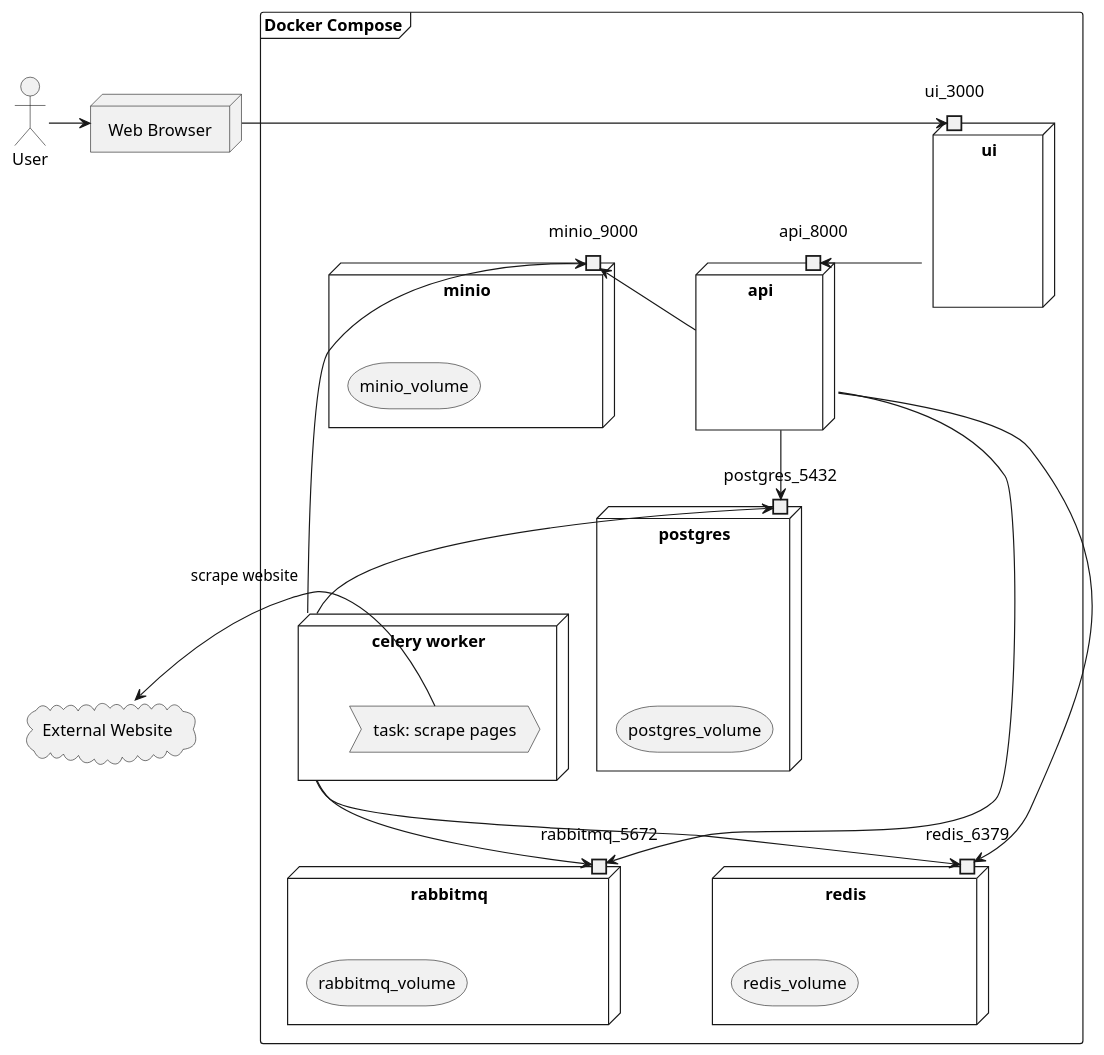
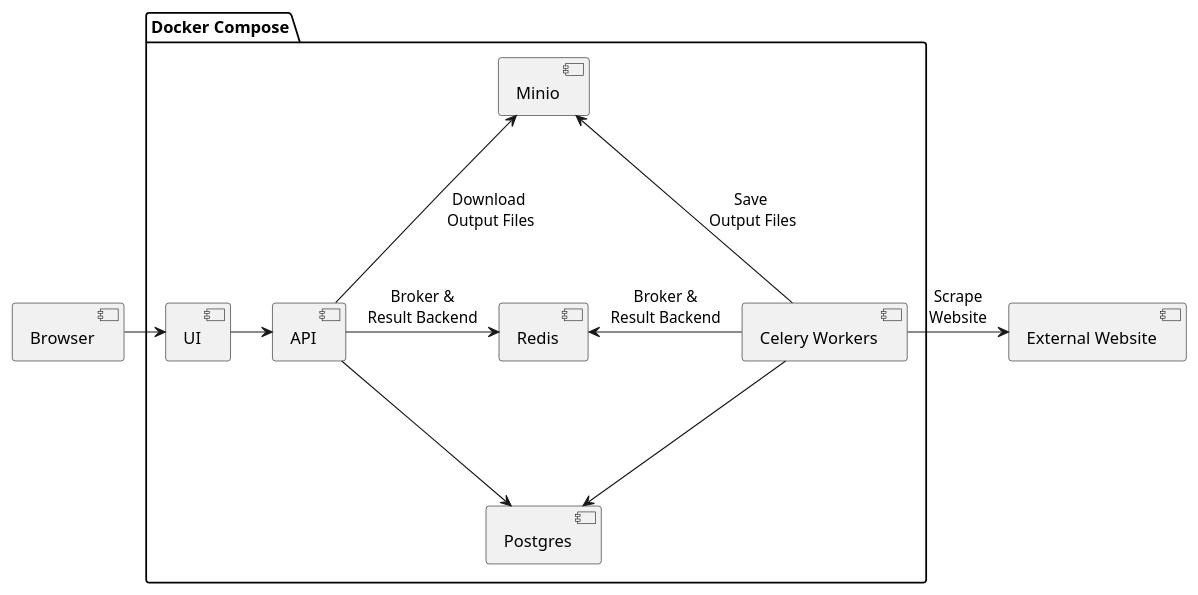
Before and after one commit to tejas0908/EasyScraper: the diagram in docs/plantuml/src/deployment.plantuml, drawn with PlantUML. The commit also changed 27 other files, not shown here.

```diff
--- a/docs/plantuml/src/deployment.plantuml
+++ b/docs/plantuml/src/deployment.plantuml
@@ -1,50 +1,24 @@
 @startuml
-allowmixing
-
-actor "User" as user
-node "Web Browser" as browser {
+component Browser as browser
+component "External Website" as ew
+package "Docker Compose" as dc {
+    component UI as ui
+    component API as api
+    component Redis as redis
+    component Postgres as postgres
+    component Minio as minio
+    component "Celery Workers" as cw
 }
 
-frame "Docker Compose" {
-    node "ui" as ui {
-        portin ui_3000
-    }
-    node "api" as api {
-        portin api_8000
-    }
-    node "postgres" as postgres {
-        portin postgres_5432
-        storage "postgres_volume"
-    }
-    node "rabbitmq" as rabbitmq {
-        portin rabbitmq_5672
-        storage "rabbitmq_volume"
-    }
-    node "redis" as redis {
-        portin redis_6379
-        storage "redis_volume"
-    }
-    node "celery worker" as celery_worker{
-        process "task: scrape pages" as t1
-    }
-    node "minio" as minio {
-        portin minio_9000
-        storage "minio_volume"
-    }
-}
-
-cloud "External Website" as e1
-
-user -right-> browser
-browser -right-> ui_3000
-ui -right-> api_8000
-api --> rabbitmq_5672
-api --> redis_6379
-celery_worker --> rabbitmq_5672
-celery_worker --> redis_6379
-api --> postgres_5432
-celery_worker -up-> postgres_5432
-celery_worker -up-> minio_9000
-t1 -left-> e1 : scrape website
-api -up-> minio_9000
+browser -right-> ui
+ui -right-> api
+api -right-> redis : Broker &\nResult Backend
+cw -left-> redis : Broker &\nResult Backend
+cw -down-> postgres
+cw -up-> minio : Save \nOutput Files
+api -up-> minio : Download \nOutput Files
+api -down-> postgres
+cw -right-> ew : Scrape\nWebsite
+redis --[hidden]u-> minio
+redis --[hidden]d-> postgres
 @enduml
```
